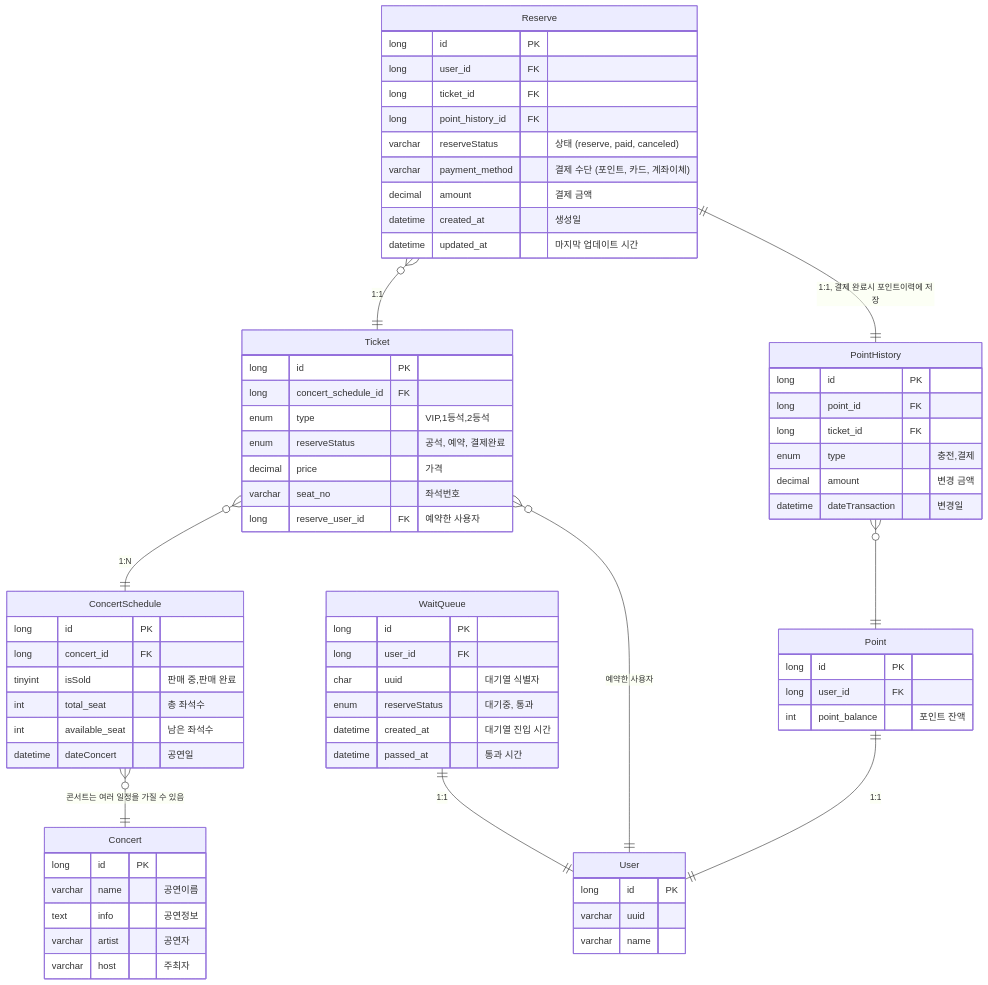
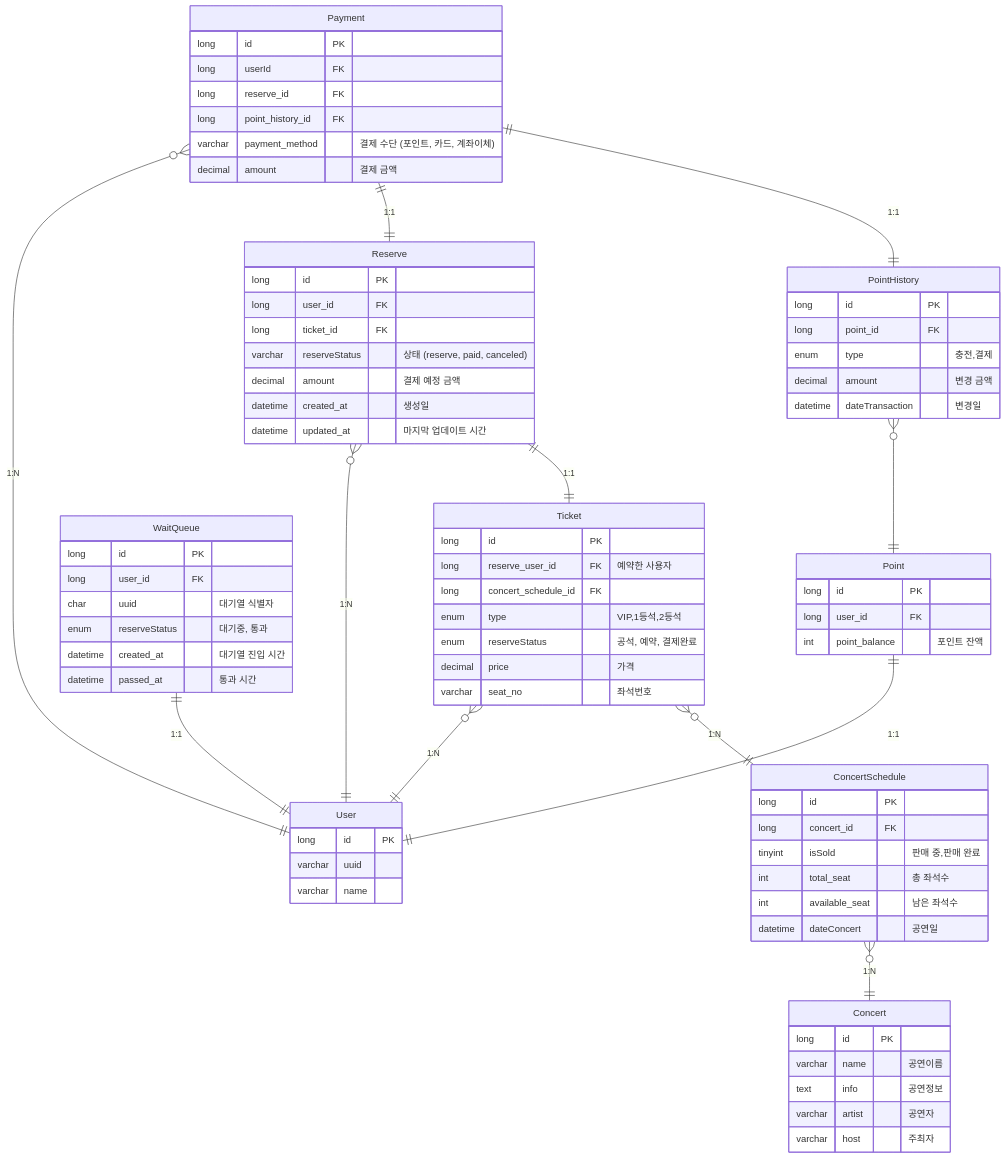
The diagram in doc/erd.md (chawchaw/concert), drawn with Mermaid before and after one commit. The commit also changed other lines of this file and 23 other files, not shown here.

````diff
--- a/doc/erd.md
+++ b/doc/erd.md
@@ -35,7 +17,6 @@
     PointHistory {
         long id PK
         long point_id FK
-        long ticket_id FK
         enum type "충전,결제"
         decimal amount "변경 금액"
         datetime dateTransaction "변경일"
@@ -68,31 +49,41 @@
         int available_seat "남은 좌석수"
         datetime dateConcert "공연일"
     }
-    ConcertSchedule }o--|| Concert : "콘서트는 여러 일정을 가질 수 있음"
+    ConcertSchedule }o--|| Concert : "1:N"
 
     Ticket {
         long id PK
+        long reserve_user_id FK "예약한 사용자"
         long concert_schedule_id FK
         enum type "VIP,1등석,2등석"
         enum reserveStatus "공석, 예약, 결제완료"
         decimal price "가격"
         varchar seat_no "좌석번호"
-        long reserve_user_id FK "예약한 사용자"
     }
+    Ticket }o--|| User : "1:N"
     Ticket }o--|| ConcertSchedule : "1:N"
-    Ticket }o--|| User : "예약한 사용자"
 
     Reserve {
         long id PK
         long user_id FK
         long ticket_id FK
-        long point_history_id FK
         varchar reserveStatus "상태 (reserve, paid, canceled)"
-        varchar payment_method "결제 수단 (포인트, 카드, 계좌이체)"
-        decimal amount "결제 금액"
+        decimal amount "결제 예정 금액"
         datetime created_at "생성일"
         datetime updated_at "마지막 업데이트 시간"
     }
-    Reserve }o--|| Ticket : "1:1"
-    Reserve ||--|| PointHistory : "1:1, 결제 완료시 포인트이력에 저장"
+    Reserve }o--|| User : "1:N"
+    Reserve ||--|| Ticket : "1:1"
+    
+    Payment {
+        long id PK
+        long userId FK
+        long reserve_id FK
+        long point_history_id FK
+        varchar payment_method "결제 수단 (포인트, 카드, 계좌이체)"
+        decimal amount "결제 금액"
+    }
+    Payment }o--|| User : "1:N"
+    Payment ||--|| Reserve : "1:1"
+    Payment ||--|| PointHistory : "1:1"
 ```
````
